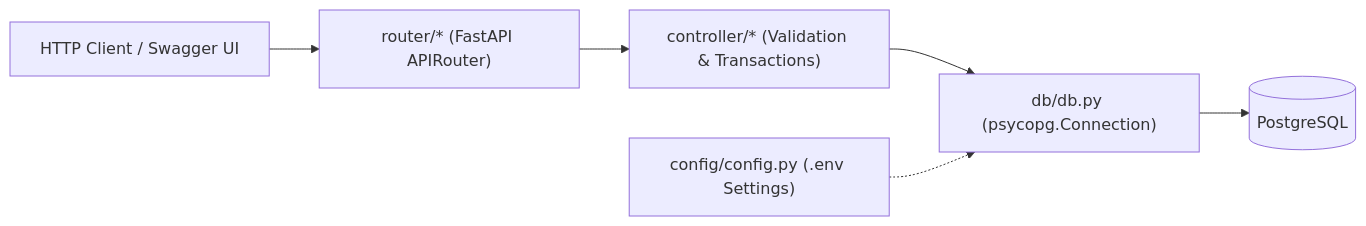
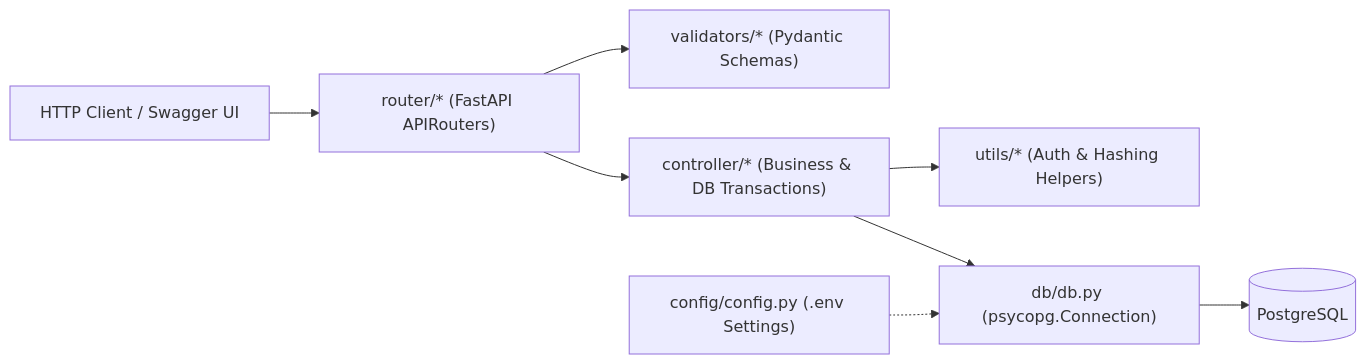
Before and after one commit to Sc-Designs/Bank: the diagram in docs/architecture.md, drawn with Mermaid. The commit also changed other lines of this file and 24 other files, not shown here.

````diff
--- a/docs/architecture.md
+++ b/docs/architecture.md
@@ -44,8 +58,10 @@
 ```mermaid
 flowchart LR
-    Client["HTTP Client / Swagger UI"] --> Router["router/* (FastAPI APIRouter)"]
-    Router --> Controller["controller/* (Validation & Transactions)"]
+    Client["HTTP Client / Swagger UI"] --> Router["router/* (FastAPI APIRouters)"]
+    Router --> Validators["validators/* (Pydantic Schemas)"]
+    Router --> Controller["controller/* (Business & DB Transactions)"]
+    Controller --> Utils["utils/* (Auth & Hashing Helpers)"]
     Controller --> DB["db/db.py (psycopg.Connection)"]
     DB --> PG[("PostgreSQL")]
     Config["config/config.py (.env Settings)"] -.-> DB
 ```
````
